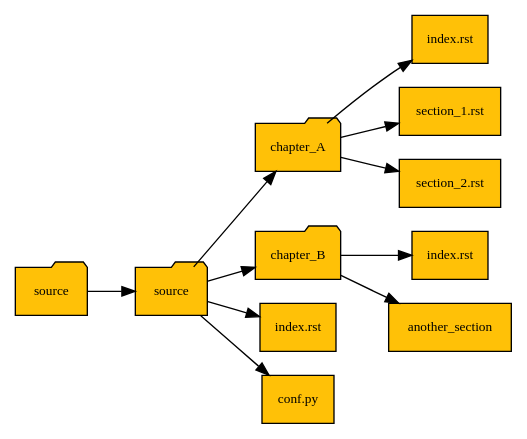
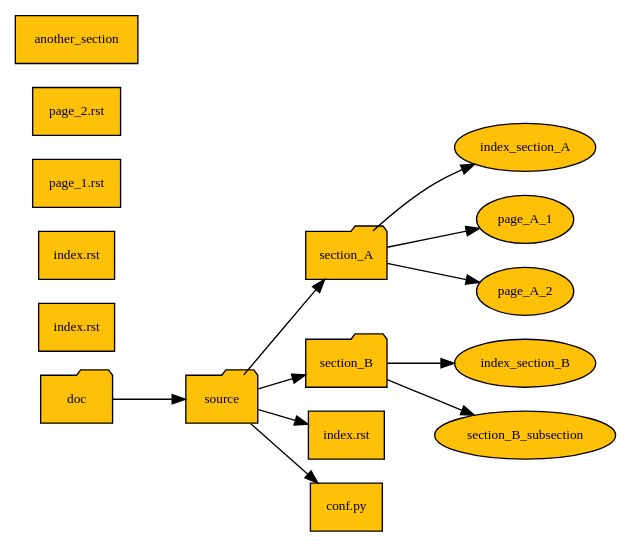
One commit to ansys/pyansys-dev-guide changed the diagram in doc/source/how-to/diag/doc_layout.rst. Above: the diagram before and after it, drawn with Graphviz. The commit also changed 3 other files, not shown here.

```diff
--- a/doc/source/how-to/diag/doc_layout.rst
+++ b/doc/source/how-to/diag/doc_layout.rst
@@ -2,74 +2,73 @@
 .. graphviz::
-    :caption: Generic structure for PyAnsys library documentation.
-    :alt: Generic structure for PyAnsys library documentation.
-    :align: center
+    :caption: Hierarchical structure for PyAnsys library documentation.
+    :alt: Hierarchical structure for PyAnsys library documentation.
 
      digraph "sphinx-ext-graphviz" {
          size="8,6";
          bgcolor="white"
          rankdir="LR";
          graph [
            fontname="Verdana", fontsize="10", color="black", fillcolor="white"
          ];
          node [
            fontname="Verdana", fontsize="10", style="filled", color="black", fillcolor="#ffc107"
          ];
 
          doc [
-           label="source", shape="folder"
+           label="doc", shape="folder"
          ]
 
          source [
            label="source", shape="folder"
          ]
 
-         chapter_A [
-           label="chapter_A", shape="folder"
+         section_A [
+           label="section_A", shape="folder"
          ]
 
-         chapter_B [
-           label="chapter_B", shape="folder"
+         section_B [
+           label="section_B", shape="folder"
          ]
 
          index_file [
            label="index.rst", shape="file"
          ]
 
          index_file_A [
            label="index.rst", shape="file"
          ]
 
          index_file_B [
            label="index.rst", shape="file"
          ]
 
          section_A_1 [
-           label="section_1.rst", shape="file"
+           label="page_1.rst", shape="file"
          ]
 
          section_A_2 [
-           label="section_2.rst", shape="file"
+           label="page_2.rst", shape="file"
          ]
 
          another_section [
            label="another_section", shape="file"
          ]
 
          conf_file [
            label="conf.py", shape="file"
          ]
 
          doc -> source;
 
          source -> conf_file;
          source -> index_file;
-         source -> chapter_A;
-         source -> chapter_B;
+         source -> section_A;
+         source -> section_B;
 
-         chapter_A -> index_file_A;
-         chapter_A -> section_A_1;
-         chapter_A -> section_A_2;
+         section_A -> index_section_A;
+         section_A -> page_A_1;
+         section_A -> page_A_2;
 
-         chapter_B -> index_file_B;
-         chapter_B -> another_section;
+         section_B -> index_section_B;
+         section_B -> section_B_subsection;
      }
```
